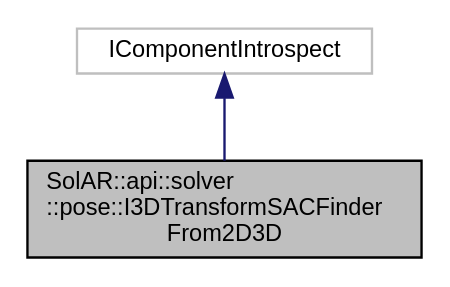
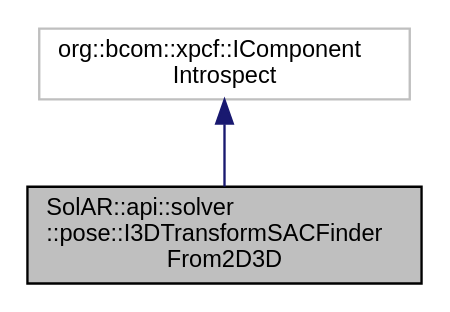
One commit to SolarFramework/solarframework.github.io changed the diagram in api_documentation/class_sol_a_r_1_1api_1_1solver_1_1pose_1_1_i3_d_transform_s_a_c_finder_from2_d3_d__inherit__graph.dot. Above: the diagram before and after it, drawn with Graphviz. The commit also changed 1012 other files, not shown here.

```diff
--- a/api_documentation/class_sol_a_r_1_1api_1_1solver_1_1pose_1_1_i3_d_transform_s_a_c_finder_from2_d3_d__inherit__graph.dot
+++ b/api_documentation/class_sol_a_r_1_1api_1_1solver_1_1pose_1_1_i3_d_transform_s_a_c_finder_from2_d3_d__inherit__graph.dot
@@ -1,8 +1,9 @@
 digraph "SolAR::api::solver::pose::I3DTransformSACFinderFrom2D3D"
 {
+ // LATEX_PDF_SIZE
   edge [fontname="Helvetica",fontsize="10",labelfontname="Helvetica",labelfontsize="10"];
   node [fontname="Helvetica",fontsize="10",shape=record];
-  Node0 [label="SolAR::api::solver\l::pose::I3DTransformSACFinder\lFrom2D3D",height=0.2,width=0.4,color="black", fillcolor="grey75", style="filled", fontcolor="black"];
-  Node1 -> Node0 [dir="back",color="midnightblue",fontsize="10",style="solid",fontname="Helvetica"];
-  Node1 [label="IComponentIntrospect",height=0.2,width=0.4,color="grey75", fillcolor="white", style="filled"];
+  Node1 [label="SolAR::api::solver\l::pose::I3DTransformSACFinder\lFrom2D3D",height=0.2,width=0.4,color="black", fillcolor="grey75", style="filled", fontcolor="black",tooltip="Finds the 3D transform of 2D-3D points correspondences with a SAmple Consensus. UUID: 8dd889c5-e8e6-4..."];
+  Node2 -> Node1 [dir="back",color="midnightblue",fontsize="10",style="solid",fontname="Helvetica"];
+  Node2 [label="org::bcom::xpcf::IComponent\lIntrospect",height=0.2,width=0.4,color="grey75", fillcolor="white", style="filled",tooltip=" "];
 }
```
